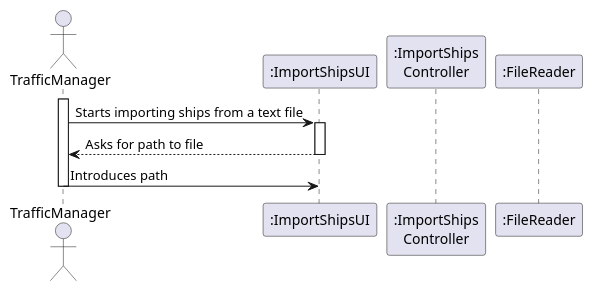
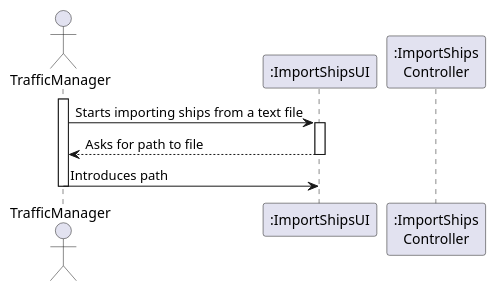
Before and after one commit to GuilhermeCunha79/LAPR3: the diagram in docs/Sprint 1/US101-Import ships from a text file/US101_SD.puml, drawn with PlantUML. The commit also changed 2 other files, not shown here.

```diff
--- a/docs/Sprint 1/US101-Import ships from a text file/US101_SD.puml
+++ b/docs/Sprint 1/US101-Import ships from a text file/US101_SD.puml
@@ -1,18 +1,17 @@
 @startuml
 actor TrafficManager as admin
 
 participant ":ImportShipsUI" as UI
 participant ":ImportShips\nController" as CTRL
-participant ":FileReader" as FR
 
 activate admin
 admin -> UI: Starts importing ships from a text file
 activate UI
 UI --> admin: Asks for path to file
 deactivate UI
 admin -> UI: Introduces path
 
 
 deactivate admin
 
 @enduml
```
